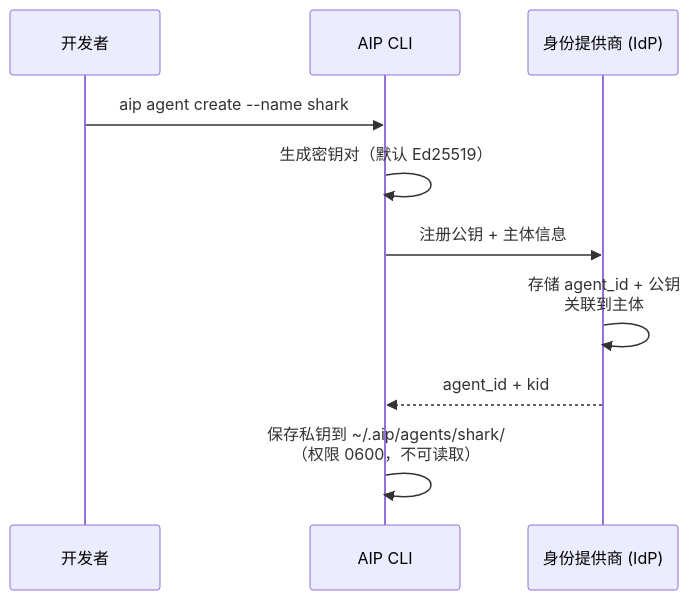
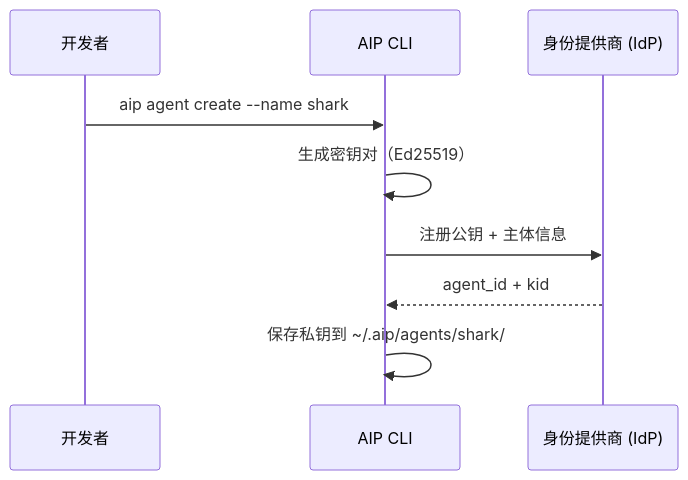
The second of 3 diagrams in README.md (agentscope-ai/agent-identity), drawn with Mermaid before and after one commit. The commit also changed other lines of this file, not shown here.

````diff
--- a/README.md
+++ b/README.md
@@ -66,13 +40,12 @@
 ```mermaid
 sequenceDiagram
     participant Dev as 开发者
     participant CLI as AIP CLI
     participant IdP as 身份提供商 (IdP)
 
     Dev->>CLI: aip agent create --name shark
-    CLI->>CLI: 生成密钥对（默认 Ed25519）
+    CLI->>CLI: 生成密钥对（Ed25519）
     CLI->>IdP: 注册公钥 + 主体信息
-    IdP->>IdP: 存储 agent_id + 公钥<br/>关联到主体
     IdP-->>CLI: agent_id + kid
-    CLI->>CLI: 保存私钥到 ~/.aip/agents/shark/<br/>（权限 0600，不可读取）
+    CLI->>CLI: 保存私钥到 ~/.aip/agents/shark/
 ```
````
